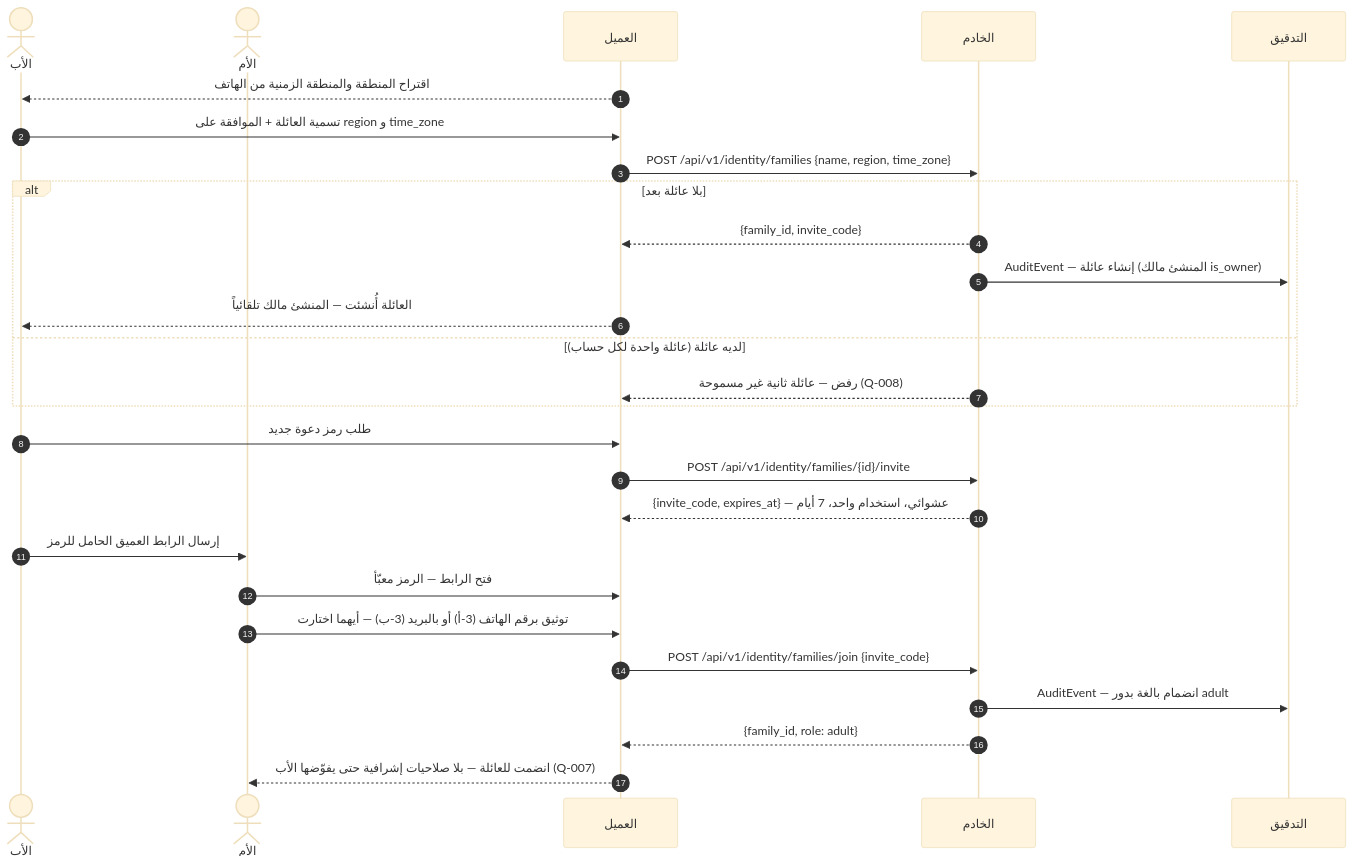
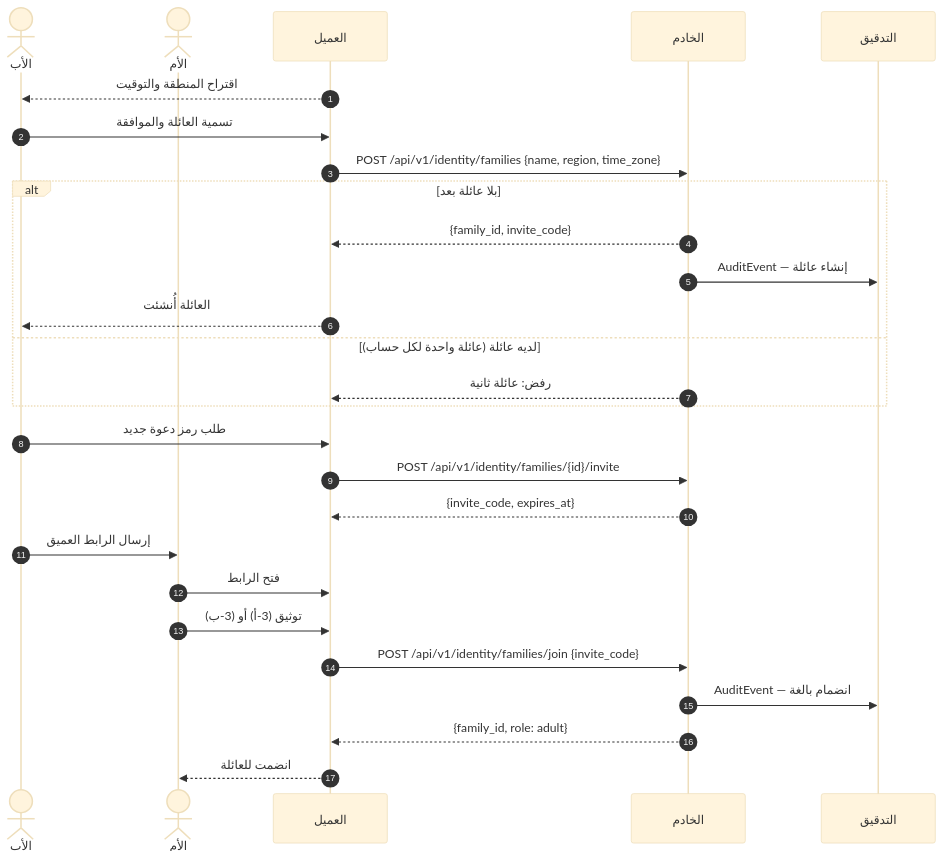
The eighth of 36 diagrams in docs/family-os/governance/phases/phase-1/S1-02-identity-and-onboarding/DIAGRAMS.md (Bassam-mohammed-alqaeadi/family-os-v2), drawn with Mermaid (base theme) before and after one commit. The commit also changed other lines of this file, not shown here.

````diff
--- a/docs/family-os/governance/phases/phase-1/S1-02-identity-and-onboarding/DIAGRAMS.md
+++ b/docs/family-os/governance/phases/phase-1/S1-02-identity-and-onboarding/DIAGRAMS.md
@@ -338,29 +406,29 @@
 ```mermaid
 sequenceDiagram
     autonumber
     actor Father as الأب
     actor Mother as الأم
     participant Client as العميل
     participant Ktor as الخادم
     participant Audit as التدقيق
-    Client-->>Father: اقتراح المنطقة والمنطقة الزمنية من الهاتف
-    Father->>Client: تسمية العائلة + الموافقة على region و time_zone
+    Client-->>Father: اقتراح المنطقة والتوقيت
+    Father->>Client: تسمية العائلة والموافقة
     Client->>Ktor: POST /api/v1/identity/families {name, region, time_zone}
     alt بلا عائلة بعد
         Ktor-->>Client: {family_id, invite_code}
-        Ktor->>Audit: AuditEvent — إنشاء عائلة (المنشئ مالك is_owner)
-        Client-->>Father: العائلة أُنشئت — المنشئ مالك تلقائياً
+        Ktor->>Audit: AuditEvent — إنشاء عائلة
+        Client-->>Father: العائلة أُنشئت
     else لديه عائلة (عائلة واحدة لكل حساب)
-        Ktor-->>Client: رفض — عائلة ثانية غير مسموحة (Q-008)
+        Ktor-->>Client: رفض: عائلة ثانية
     end
     Father->>Client: طلب رمز دعوة جديد
     Client->>Ktor: POST /api/v1/identity/families/{id}/invite
-    Ktor-->>Client: {invite_code, expires_at} — عشوائي، استخدام واحد، 7 أيام
-    Father->>Mother: إرسال الرابط العميق الحامل للرمز
-    Mother->>Client: فتح الرابط — الرمز معبّأ
-    Mother->>Client: توثيق برقم الهاتف (3-أ) أو بالبريد (3-ب) — أيهما اختارت
+    Ktor-->>Client: {invite_code, expires_at}
+    Father->>Mother: إرسال الرابط العميق
+    Mother->>Client: فتح الرابط
+    Mother->>Client: توثيق (3-أ) أو (3-ب)
     Client->>Ktor: POST /api/v1/identity/families/join {invite_code}
-    Ktor->>Audit: AuditEvent — انضمام بالغة بدور adult
+    Ktor->>Audit: AuditEvent — انضمام بالغة
     Ktor-->>Client: {family_id, role: adult}
-    Client-->>Mother: انضمت للعائلة — بلا صلاحيات إشرافية حتى يفوّضها الأب (Q-007)
+    Client-->>Mother: انضمت للعائلة
 ```
````
